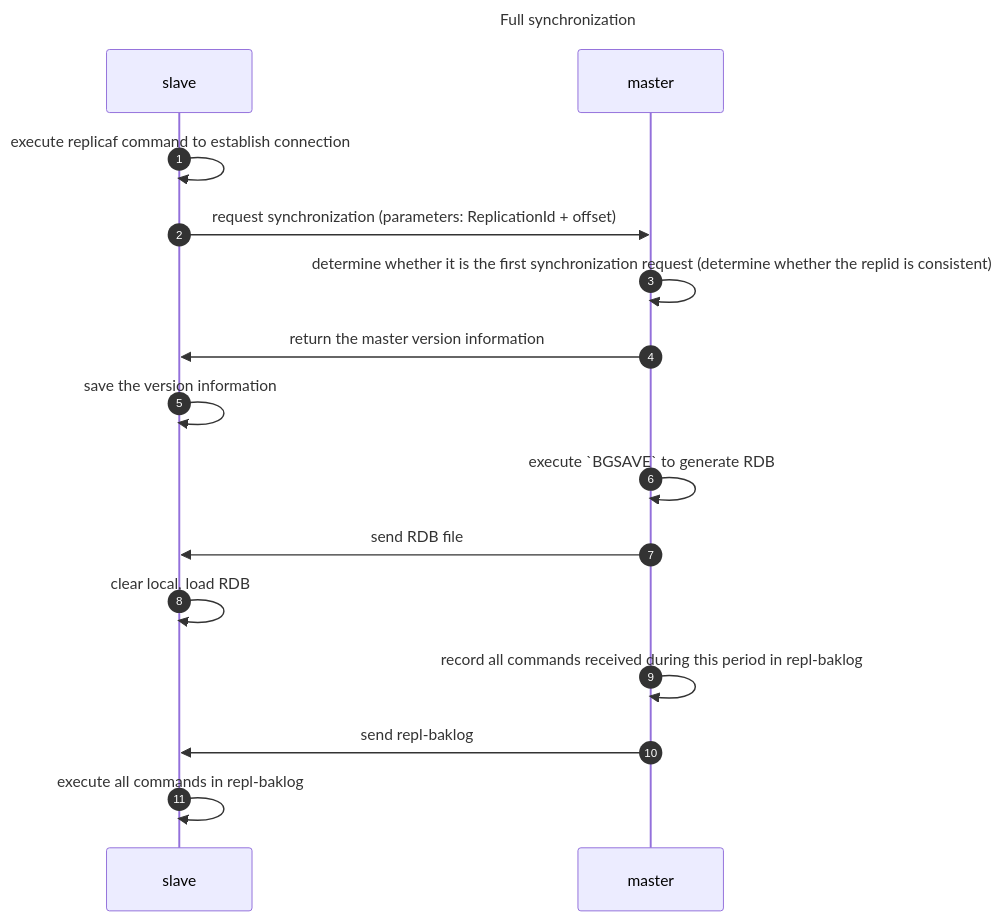
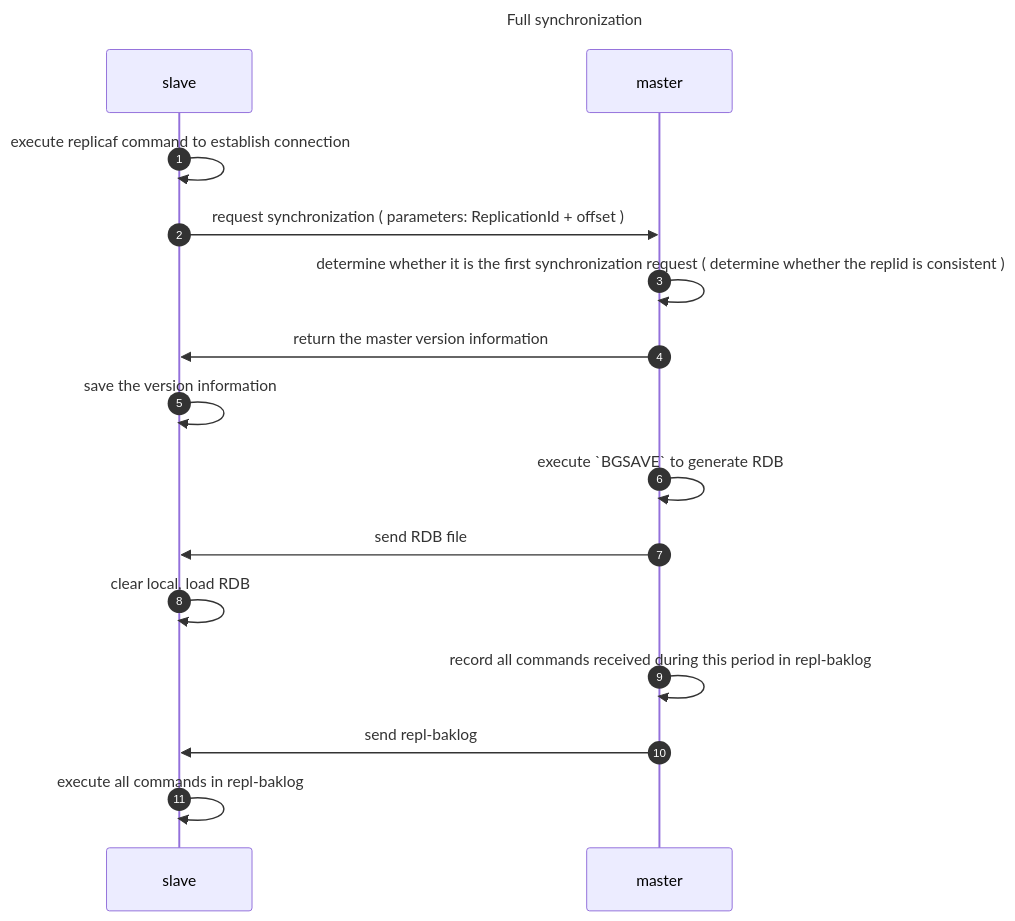
Before and after one commit to dingyuqi/keep-it-simple-site: the first of 2 diagrams in docs/en/1. Database/2025-01-22-Redis.md, drawn with Mermaid. The commit also changed other lines of this file and 112 other files, not shown here.

````diff
--- a/docs/en/1. Database/2025-01-22-Redis.md
+++ b/docs/en/1. Database/2025-01-22-Redis.md
@@ -121,20 +121,20 @@
 ``` mermaid
 ---
 title: Full synchronization
 ---
 sequenceDiagram
-	autonumber
-	slave->>slave: execute replicaf command to establish connection
-	slave->>master: request synchronization (parameters: ReplicationId + offset)
-	master->>master: determine whether it is the first synchronization request (determine whether the replid is consistent)
-	master->>slave: return the master version information
-	slave->>slave: save the version information
-	master->>master: execute `BGSAVE` to generate RDB
+    autonumber
+    slave->>slave: execute replicaf command to establish connection
+    slave->>master: request synchronization ( parameters: ReplicationId + offset )
+    master->>master: determine whether it is the first synchronization request ( determine whether the replid is consistent )
+    master->>slave: return the master version information
+    slave->>slave: save the version information
+    master->>master: execute `BGSAVE` to generate RDB
 
-	master->>slave: send RDB file
-	slave->>slave: clear local, load RDB
-	master->>master: record all commands received during this period in repl-baklog
+    master->>slave: send RDB file
+    slave->>slave: clear local, load RDB
+    master->>master: record all commands received during this period in repl-baklog
 
-	master->>slave: send repl-baklog
-	slave->>slave: execute all commands in repl-baklog
+    master->>slave: send repl-baklog
+    slave->>slave: execute all commands in repl-baklog
 ```
````
